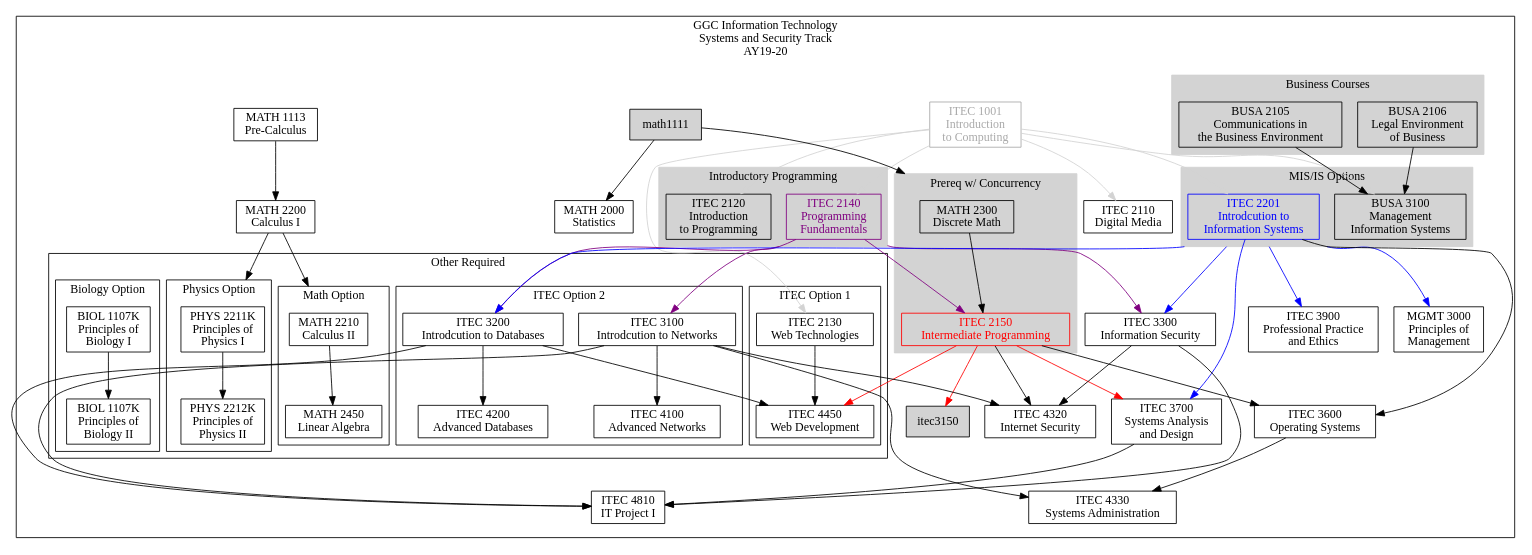
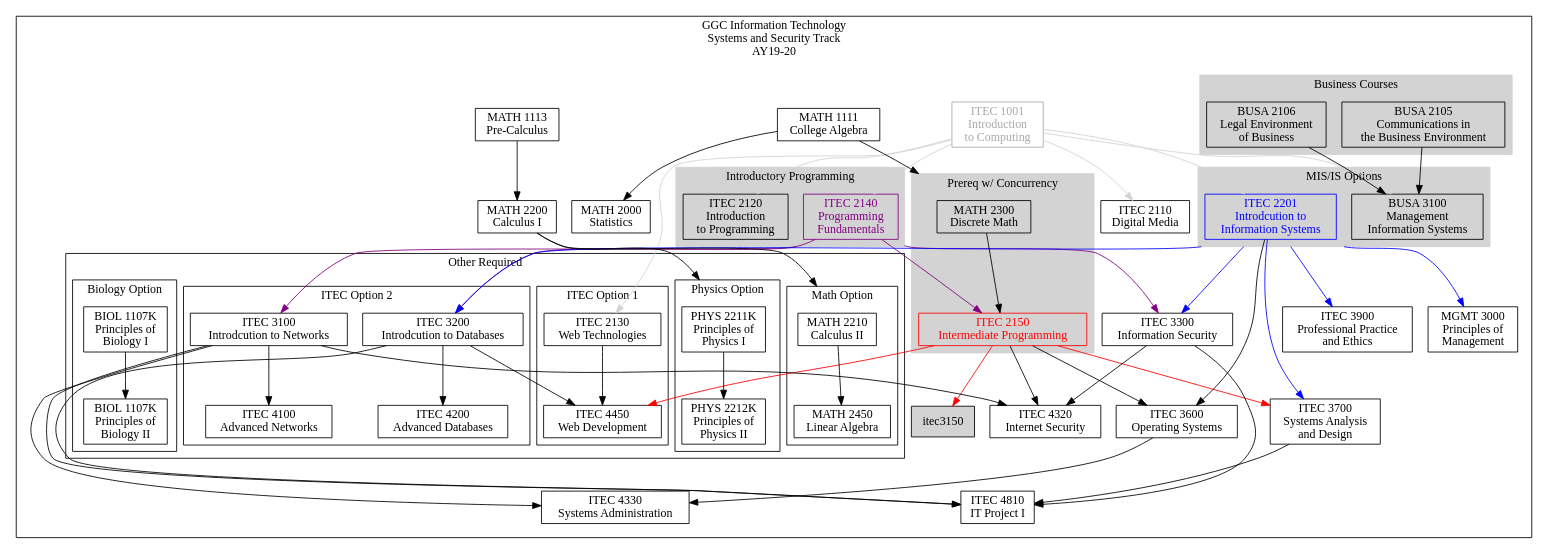
One commit to rjlutz/itec-plans changed the diagram in AY19-20/SystemsSecurity.dot. Above: the diagram before and after it, drawn with Graphviz. The commit also changed 9 other files, not shown here.

```diff
--- a/AY19-20/SystemsSecurity.dot
+++ b/AY19-20/SystemsSecurity.dot
@@ -1,162 +1,163 @@
 digraph G {
 
     node [shape = record, fontname="Sans serif" fontsize="14"];
     compound = true //  needed to link clusters and nodes
     splines = true
     ranksep=0.75
 
      // All
     itec1001[label = "ITEC 1001\nIntroduction \nto Computing" color=darkgray fontcolor=darkgray]
     itec2110[label = "ITEC 2110\nDigital Media"]
     itec2120[label = "ITEC 2120\nIntroduction\nto Programming"]
     itec2130[label = "ITEC 2130\nWeb Technologies"]
     itec2140[label = "ITEC 2140\nProgramming \nFundamentals" color=purple fontcolor=purple]
     itec2150[label = "ITEC 2150\nIntermediate Programming" color=red fontcolor=red]
     itec2201[label = "ITEC 2201\nIntrodcution to\nInformation Systems" color=blue fontcolor=blue]
     itec3100[label = "ITEC 3100\nIntrodcution to Networks"]
     itec3200[label = "ITEC 3200\nIntrodcution to Databases"]
     itec3900[label = "ITEC 3900\nProfessional Practice\nand Ethics"]
     busa2105[label = "BUSA 2105\nCommunications in\nthe Business Environment"]
     busa2106[label = "BUSA 2106\nLegal Environment\nof Business"]
     busa3100[label = "BUSA 3100\nManagement \nInformation Systems"]
+    math1111[label = "MATH 1111\nCollege Algebra"]
     math1113[label = "MATH 1113\nPre-Calculus"]
     math2300[label = "MATH 2300\nDiscrete Math"]
     math2000[label = "MATH 2000\nStatistics"]
     math2200[label = "MATH 2200\nCalculus I"]
     mgmt3000[label = "MGMT 3000\nPrinciples of\nManagement"]
 
     //Systems and Seurity
     itec3300[label = "ITEC 3300\nInformation Security"]
     itec3600[label = "ITEC 3600\nOperating Systems"]
     itec3700[label = "ITEC 3700\nSystems Analysis\nand Design"]
     itec4100[label = "ITEC 4100\nAdvanced Networks"]
     itec4200[label = "ITEC 4200\nAdvanced Databases"]
     itec4320[label = "ITEC 4320\nInternet Security"]
     itec4330[label = "ITEC 4330\nSystems Administration"]
     itec4450[label = "ITEC 4450\nWeb Development"]
     itec4810[label = "ITEC 4810\nIT Project I"]
     math2210[label = "MATH 2210\nCalculus II"]
     math2450[label = "MATH 2450\nLinear Algebra"]
     phys2211k[label = "PHYS 2211K\nPrinciples of\nPhysics I"]
     phys2212k[label = "PHYS 2212K\nPrinciples of\nPhysics II"]
     biol1107k[label = "BIOL 1107K\nPrinciples of\nBiology I"]
     biol1108k[label = "BIOL 1107K\nPrinciples of\nBiology II"]
 
 
     subgraph clusterss {
         label="GGC Information Technology\nSystems and Security Track\nAY19-20"
 
         subgraph clusterrequired {
             label=""
             node [style=filled];
             style=filled;
 
             color="#FFFFFF";
 
             itec1001 -> itec2110  [color=lightgray]
             itec1001 -> itec2120 [color=lightgray]
             itec1001 -> itec2130 [color=lightgray]
             itec1001 -> itec2201 [color=lightgray]
             itec1001 -> busa3100 [color=lightgray]
             itec2140 -> itec2150 [color=purple]
             itec2140 -> itec3100 [color=purple]
             itec2150 -> itec3150 [lltail=clusterdiscrete color=red]
             itec2201 -> itec3200 [ltail=cluster22013100 color=blue]
             itec2140 -> itec3200 [ltail=cluster21202140 color=purple]
 
             itec2201 -> itec3300 [ltail=cluster22013100 color=blue]
             itec2140 -> itec3300 [ltail=cluster21202140 color=purple]
             itec2150 -> itec3600 
             itec2201 -> itec3600
             itec2150 -> itec4320
             itec3100 -> itec4320
             itec3300 -> itec4320
             itec3100 -> itec4330
             itec3600 -> itec4330
             itec3100 -> itec4810
             itec3200 -> itec4810
             itec3300 -> itec4810
             itec3700 -> itec4810
 
             busa2106 -> busa3100
             busa2105 -> busa3100
             itec1001 -> itec2140 [color=lightgray]
 
             itec2150 -> itec3700 [lltail=clusterdiscrete color=red]
             itec2201 -> itec3700 [color=blue]
 
             itec2201 -> itec3900 [ltail=cluster22013100 color=blue]
             itec2201 -> mgmt3000 [ltail=cluster22013100 color=blue]
 
             math1113 -> math2200
             math1111 -> math2000
             math1111 -> math2300 [lhead=clusterdiscrete]
             math2200 -> math2210 [lhead=clustermathopt]
             itec3200 -> itec4450
 
             math2200 -> phys2211k [lhead=clusterphysopt]
 
             subgraph cluster21202140 {
                 label = "Introductory Programming";
                 color=lightgrey;
                 itec2120
                 itec2140
             }
             subgraph cluster22013100 {
                 label = "MIS/IS Options";
                 color=lightgrey;
                 itec2201
                 busa3100
             }
             subgraph cluster21052106 {
                 label = "Business Courses"
                 color=lightgrey;
                 busa2105
                 busa2106
             }
             
             subgraph clusterdiscrete {
                 label = "Prereq w/ Concurrency";
                 node [style=filled];
                 style=filled;
                 color=lightgrey;
                 math2300 -> itec2150
             }
 
             subgraph clusterotherrequired {
                 label = "Other Required"
                 node [style=filled];
                 style=filled;
                 graph[style=solid]
                 color=black;
 
                 subgraph clusteritecopt1 {
                     label = "ITEC Option 1";
                     itec2130 -> itec4450
                     itec2150 -> itec4450 [color=red]
                 }
 
                 subgraph clusteritecopt2 {
                     label = "ITEC Option 2";
                     itec3100 -> itec4100
                     itec3200 -> itec4200
                 }
 
                 subgraph clusterbiolopt {
                     label = "Biology Option";
                     biol1107k -> biol1108k
                 }
 
                 subgraph clustermathopt {
                     label = "Math Option";
                     math2210 -> math2450
                 }
 
                 subgraph clusterphysopt {
                     label = "Physics Option"
                     phys2211k -> phys2212k
                 }
             }
         }    
     }
 }
```
